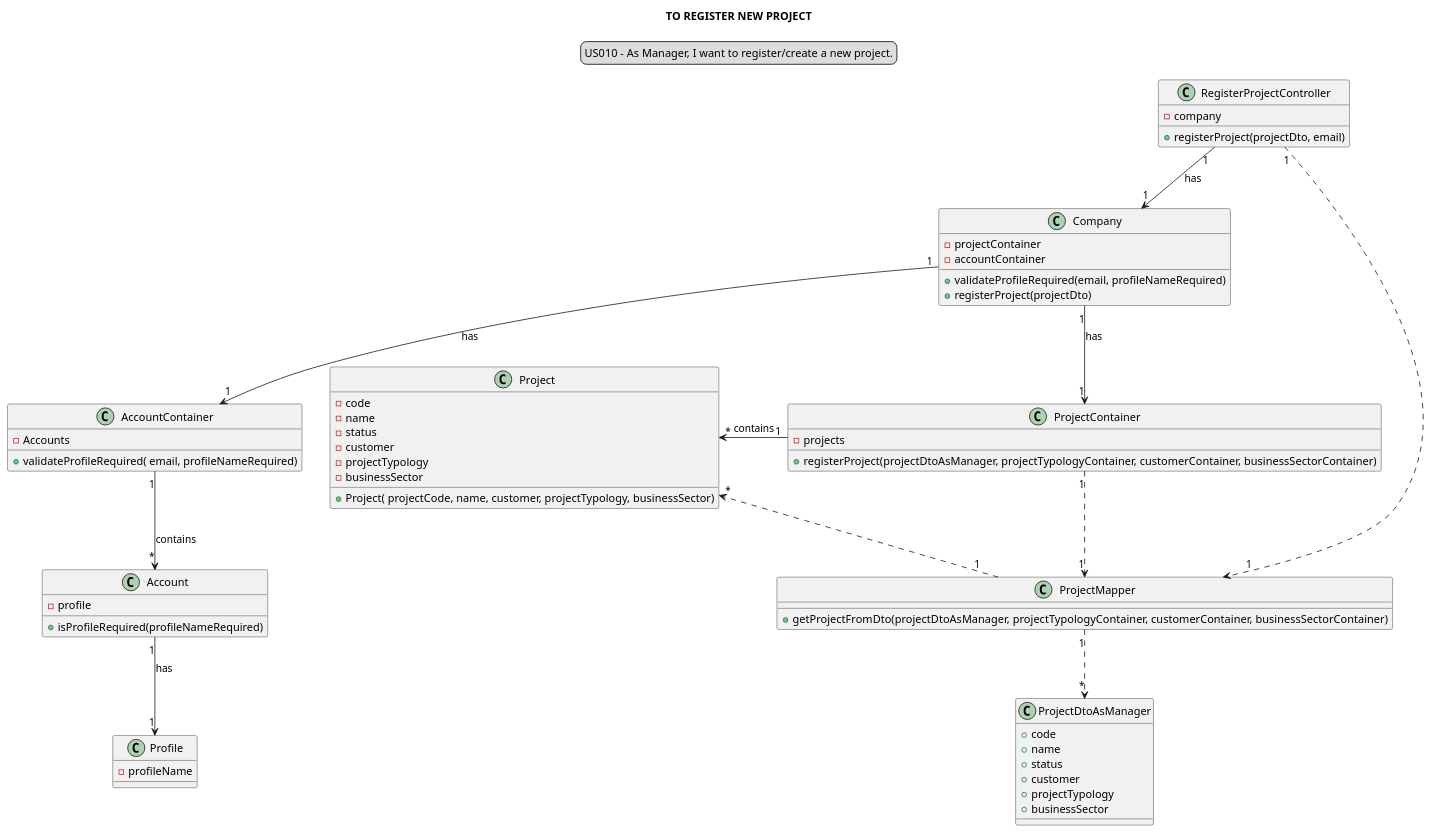
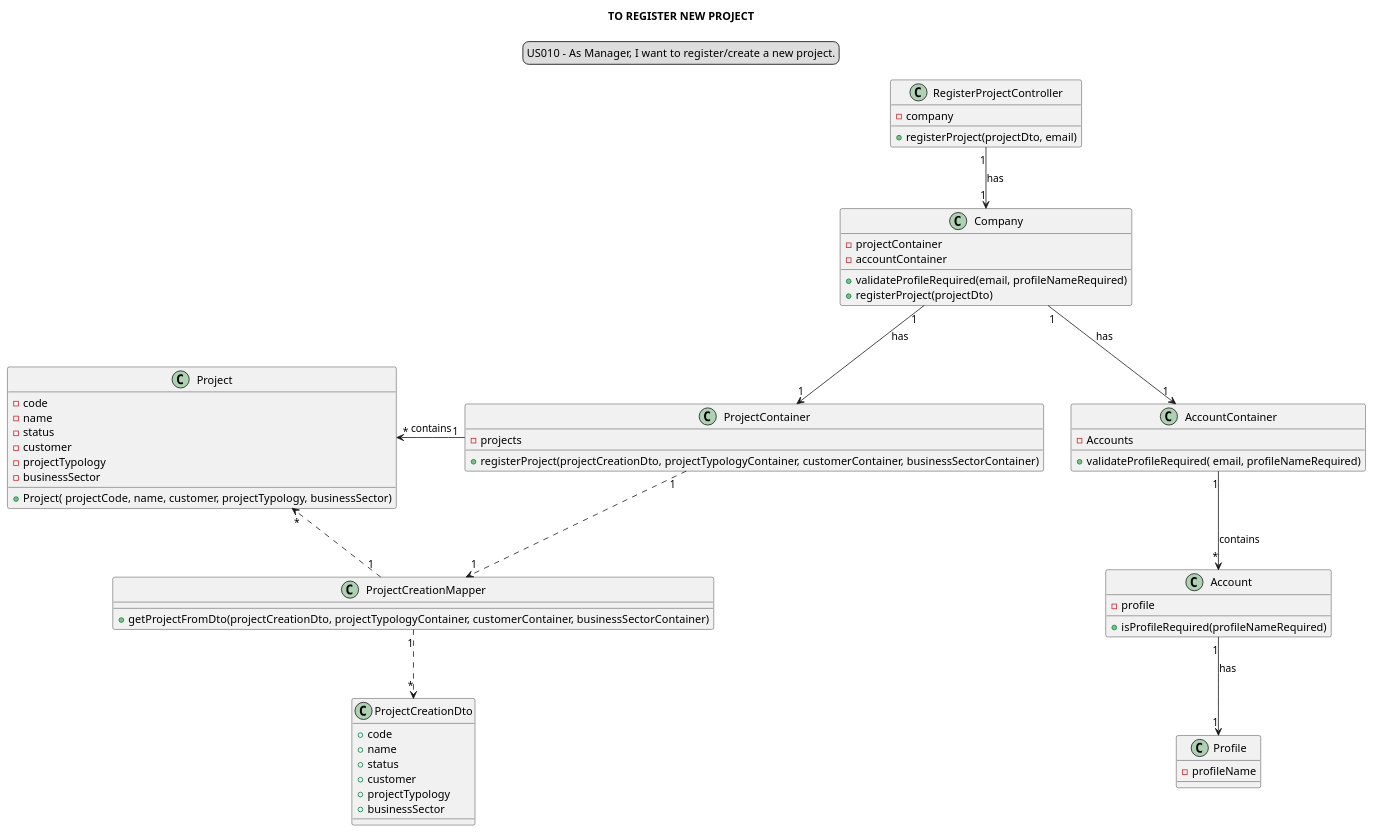
One commit to Loracline/project_switch_22-23 changed the diagram in docs/modelling_design/user_stories/sprint02/us010/US010_classDiagram.puml. Above: the diagram before and after it, drawn with PlantUML. The commit also changed 17 other files, not shown here.

```diff
--- a/docs/modelling_design/user_stories/sprint02/us010/US010_classDiagram.puml
+++ b/docs/modelling_design/user_stories/sprint02/us010/US010_classDiagram.puml
@@ -1,72 +1,72 @@
 @startuml
 
 skinparam sequenceMessageAlign center
 title TO REGISTER NEW PROJECT
 legend top
 US010 - As Manager, I want to register/create a new project.
 end legend
 
 class RegisterProjectController {
 - company
 + registerProject(projectDto, email)
 }
 
 
 class Company {
 - projectContainer
 - accountContainer
 + validateProfileRequired(email, profileNameRequired)
 + registerProject(projectDto)
 }
 class AccountContainer {
 - Accounts
 + validateProfileRequired( email, profileNameRequired)
 }
 
 class Account {
 + isProfileRequired(profileNameRequired)
 - profile
 }
 
 class Profile {
 -profileName
 }
 
 class ProjectContainer {
 - projects
-+ registerProject(projectDtoAsManager, projectTypologyContainer, customerContainer, businessSectorContainer)
++ registerProject(projectCreationDto, projectTypologyContainer, customerContainer, businessSectorContainer)
 }
 
-class ProjectMapper{
-+ getProjectFromDto(projectDtoAsManager, projectTypologyContainer, customerContainer, businessSectorContainer)
+class ProjectCreationMapper{
++ getProjectFromDto(projectCreationDto, projectTypologyContainer, customerContainer, businessSectorContainer)
 }
-class ProjectDtoAsManager{
+class ProjectCreationDto{
 + code
 + name
 + status
 + customer
 + projectTypology
 + businessSector
 }
 
 class Project{
 - code
 - name
 - status
 - customer
 - projectTypology
 - businessSector
 +Project( projectCode, name, customer, projectTypology, businessSector)
 }
 
 RegisterProjectController "1"-->"1" Company: has
 Company "1"-->"1" ProjectContainer: has
 Company "1"-->"1" AccountContainer: has
 AccountContainer "1"-->"*" Account: contains
 Account "1"-->"1" Profile: has
-ProjectMapper "1"..>"*" ProjectDtoAsManager
-ProjectContainer "1" ..> "1" "ProjectMapper"
-RegisterProjectController "1"..>"1" "ProjectMapper"
-ProjectMapper "1"..>"*" Project
 ProjectContainer "1" -left-> "*" Project: contains
+ProjectContainer "1" ..> "1" ProjectCreationMapper
+ProjectCreationMapper "1"..>"*" Project
+ProjectCreationMapper "1"..>"*" ProjectCreationDto
+
 @enduml
```
